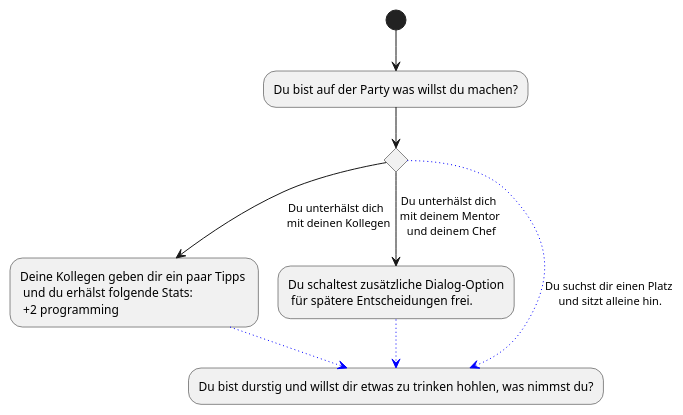
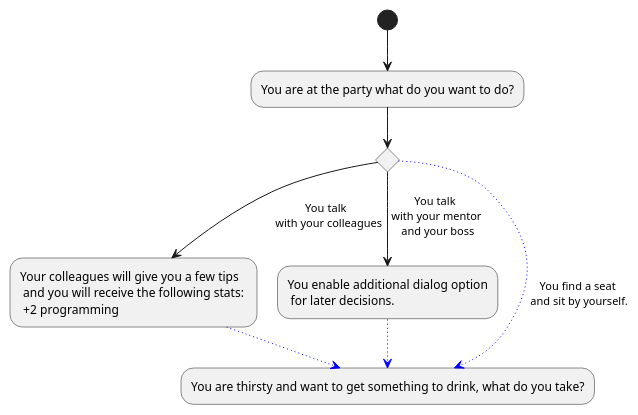
Before and after one commit to Brotenko/QualityQuest: the diagram in Docs/Technical Specifications/docs/diagrams/StoryFlow/StoryFlow_Decision_8.puml, drawn with PlantUML. The commit also changed 14 other files, not shown here.

```diff
--- a/Docs/Technical Specifications/docs/diagrams/StoryFlow/StoryFlow_Decision_8.puml
+++ b/Docs/Technical Specifications/docs/diagrams/StoryFlow/StoryFlow_Decision_8.puml
@@ -1,15 +1,15 @@
 @startuml
-(*) --> "Du bist auf der Party was willst du machen?"
+(*) --> "You are at the party what do you want to do?"
 if "" then 
---> [Du unterhälst dich \n mit deinen Kollegen] "Deine Kollegen geben dir ein paar Tipps \n und du erhälst folgende Stats: \n +2 programming" as tipps
+--> [You talk \n with your colleagues] "Your colleagues will give you a few tips \n and you will receive the following stats: \n +2 programming" as tipps
 else 
---> [Du unterhälst dich \n mit deinem Mentor \n und deinem Chef] "Du schaltest zusätzliche Dialog-Option\n für spätere Entscheidungen frei." as ent
+--> [You talk \n with your mentor \n and your boss] "You enable additional dialog option\n for later decisions." as ent
 
 else
--[#blue,dotted]-> [Du suchst dir einen Platz\n und sitzt alleine hin.] "Du bist durstig und willst dir etwas zu trinken hohlen, was nimmst du?" as alc
+-[#blue,dotted]-> [You find a seat\n and sit by yourself.] "You are thirsty and want to get something to drink, what do you take?" as alc
 tipps -[#blue,dotted]-> alc
 ent -[#blue,dotted]-> alc
 
 
 endif
 @enduml
```
